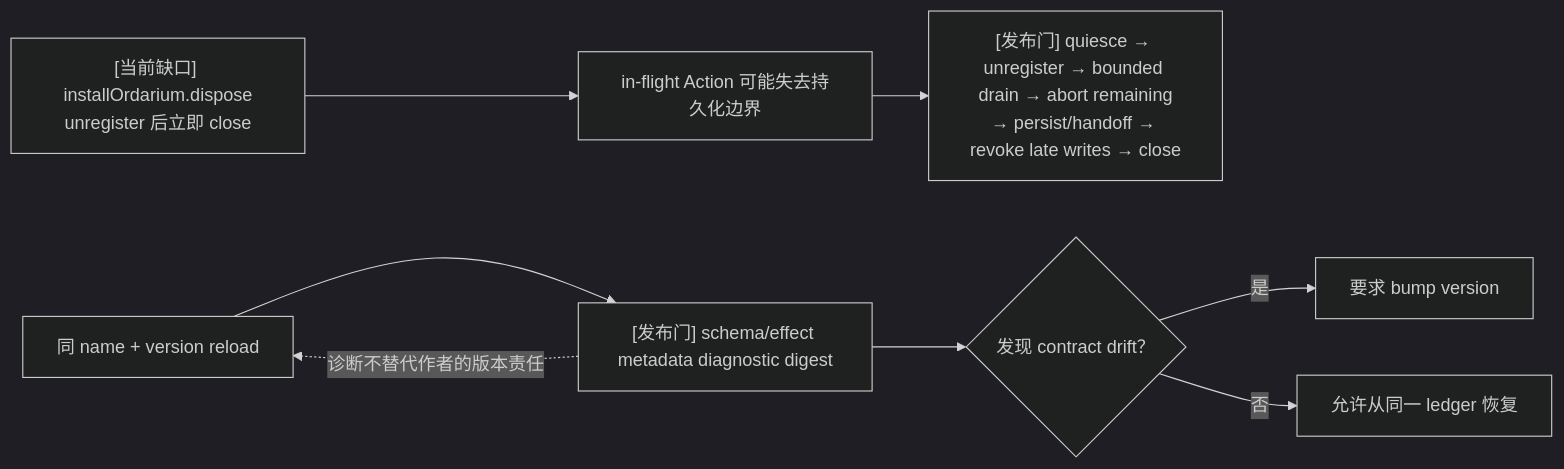
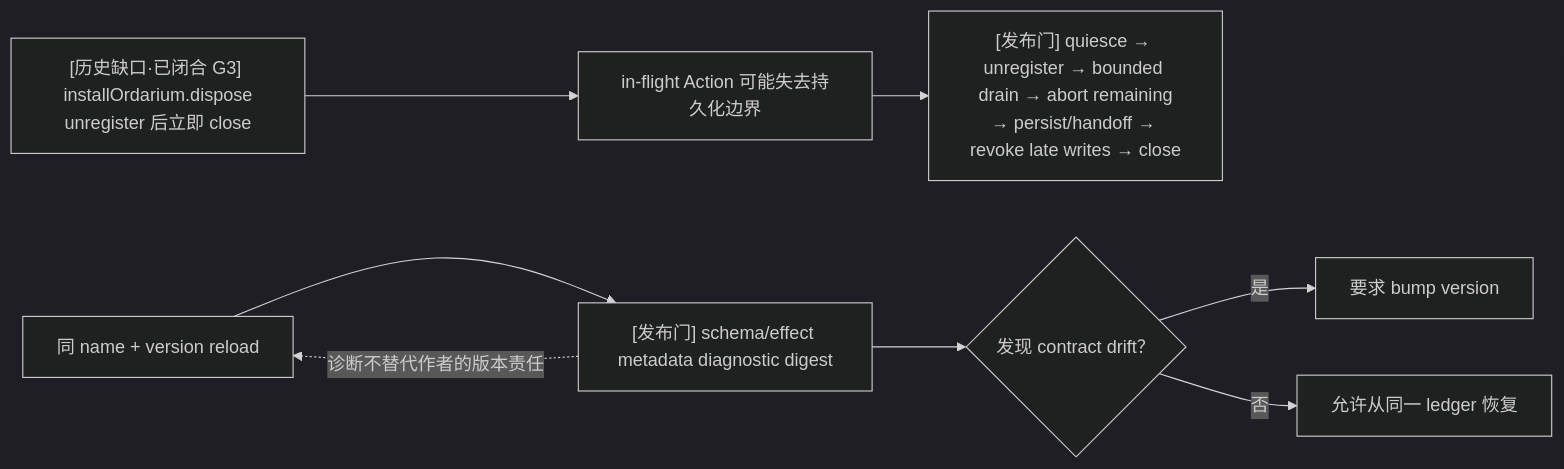
One commit to orangeofcarl0-sys/ordarium changed diagram 27 of 41 in docs/16-ordarium-mermaid-architecture-atlas.md. Above: the diagram before and after it, drawn with Mermaid (dark theme). The commit also changed other lines of this file and 15 other files, not shown here.

````diff
--- a/docs/16-ordarium-mermaid-architecture-atlas.md
+++ b/docs/16-ordarium-mermaid-architecture-atlas.md
@@ -1003,10 +1003,10 @@
 ```mermaid
 flowchart LR
-    CURRENT["[当前缺口] installOrdarium.dispose<br/>unregister 后立即 close"] --> RISK["in-flight Action 可能失去持久化边界"]
+    CURRENT["[历史缺口·已闭合 G3] installOrdarium.dispose<br/>unregister 后立即 close"] --> RISK["in-flight Action 可能失去持久化边界"]
     RISK --> TARGET["[发布门] quiesce → unregister → bounded drain → abort remaining<br/>→ persist/handoff → revoke late writes → close"]
     SAME["同 name + version reload"] --> DIGEST["[发布门] schema/effect metadata diagnostic digest"]
     DIGEST --> DRIFT{"发现 contract drift？"}
     DRIFT -->|"是"| BUMP["要求 bump version"]
     DRIFT -->|"否"| RESUME["允许从同一 ledger 恢复"]
     DIGEST -.->|"诊断不替代作者的版本责任"| SAME
 ```
````
